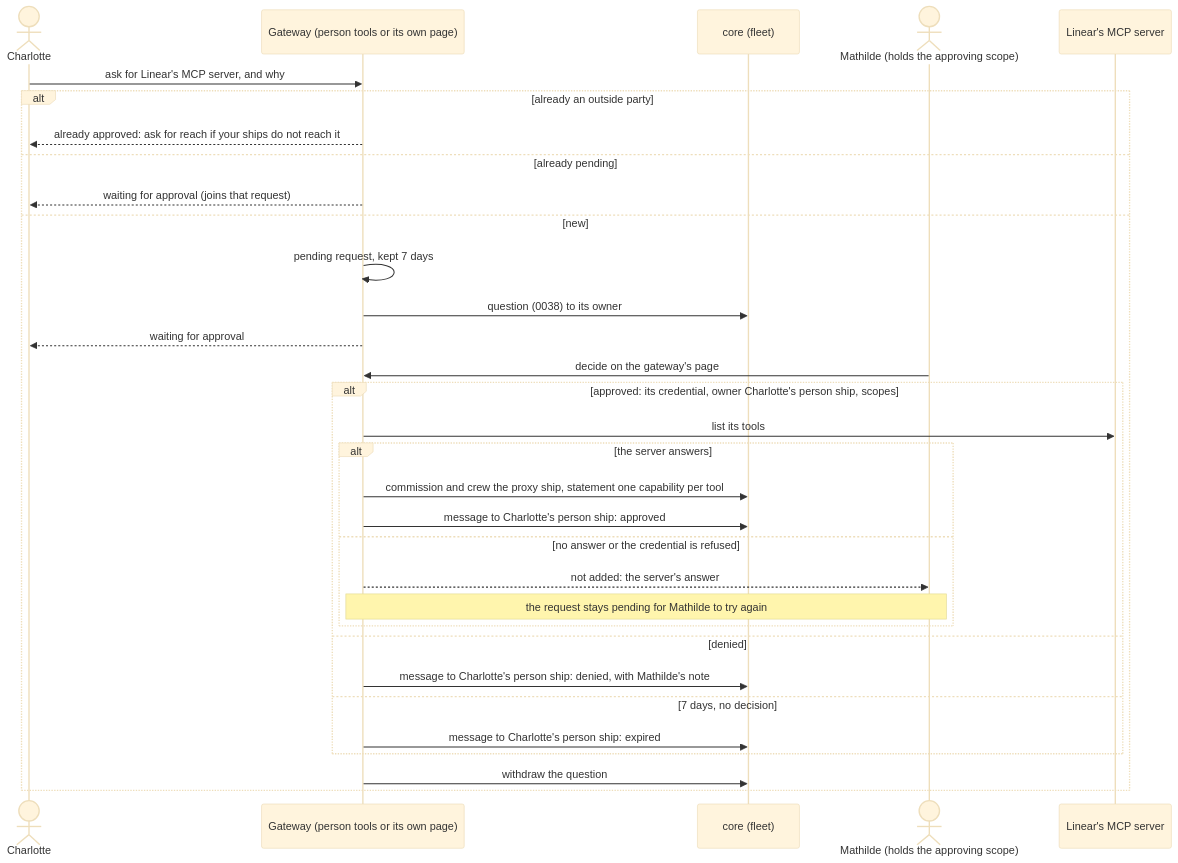
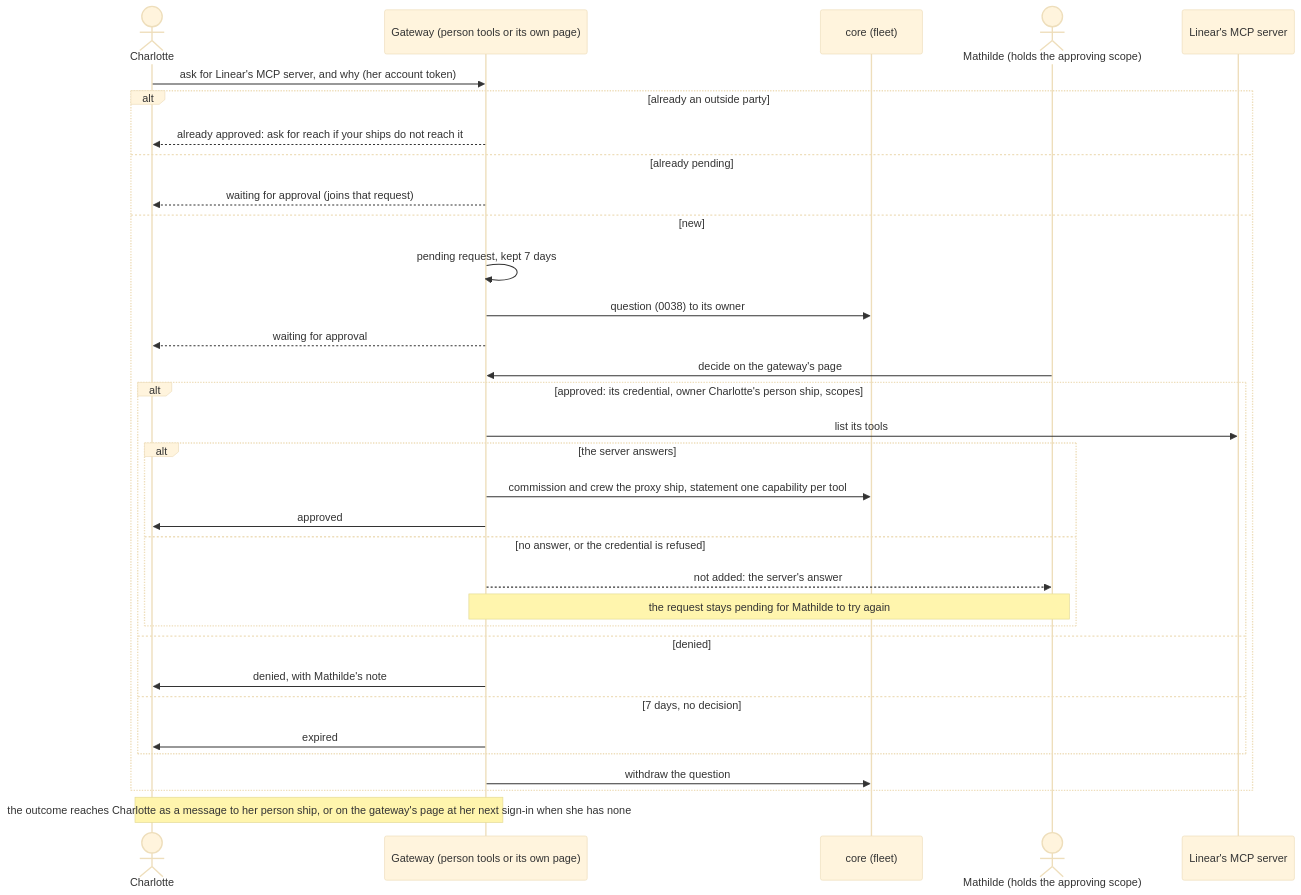
The tenth of 11 diagrams in docs/design/accounts/phase-2/flows.md (ThomasHendrickx/aeolus-fleet), drawn with Mermaid (base theme) before and after one commit. The commit also changed other lines of this file, not shown here.

First line of the commit message:
docs(design): accounts phase 2 flows on the actor model, F11 the account token

````diff
--- a/docs/design/accounts/phase-2/flows.md
+++ b/docs/design/accounts/phase-2/flows.md
@@ -368,34 +376,35 @@
 ```mermaid
 sequenceDiagram
   actor CH as Charlotte
   participant G as Gateway (person tools or its own page)
   participant C as core (fleet)
   actor M as Mathilde (holds the approving scope)
   participant OS as Linear's MCP server
-  CH->>G: ask for Linear's MCP server, and why
+  CH->>G: ask for Linear's MCP server, and why (her account token)
   alt already an outside party
     G-->>CH: already approved: ask for reach if your ships do not reach it
   else already pending
     G-->>CH: waiting for approval (joins that request)
   else new
     G->>G: pending request, kept 7 days
     G->>C: question (0038) to its owner
     G-->>CH: waiting for approval
     M->>G: decide on the gateway's page
     alt approved: its credential, owner Charlotte's person ship, scopes
       G->>OS: list its tools
       alt the server answers
         G->>C: commission and crew the proxy ship, statement one capability per tool
-        G->>C: message to Charlotte's person ship: approved
-      else no answer or the credential is refused
+        G->>CH: approved
+      else no answer, or the credential is refused
         G-->>M: not added: the server's answer
         Note over G,M: the request stays pending for Mathilde to try again
       end
     else denied
-      G->>C: message to Charlotte's person ship: denied, with Mathilde's note
+      G->>CH: denied, with Mathilde's note
     else 7 days, no decision
-      G->>C: message to Charlotte's person ship: expired
+      G->>CH: expired
     end
     G->>C: withdraw the question
   end
+  Note over G,CH: the outcome reaches Charlotte as a message to her person ship, or on the gateway's page at her next sign-in when she has none
 ```
````
